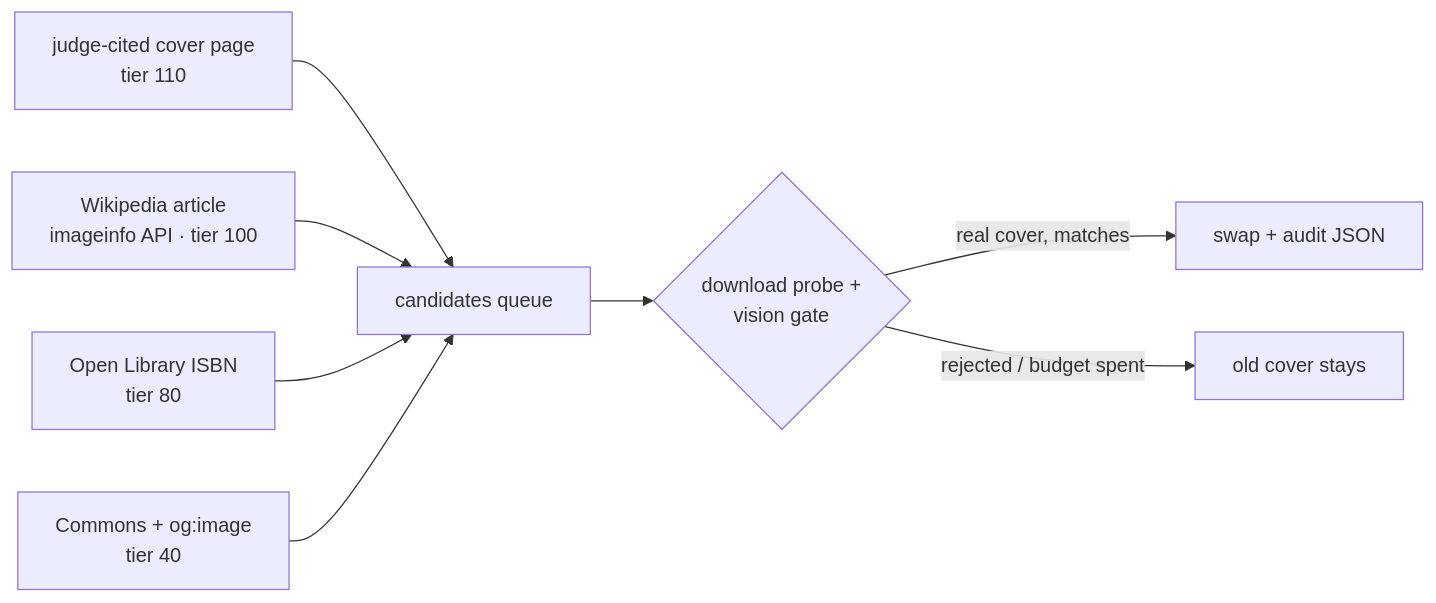
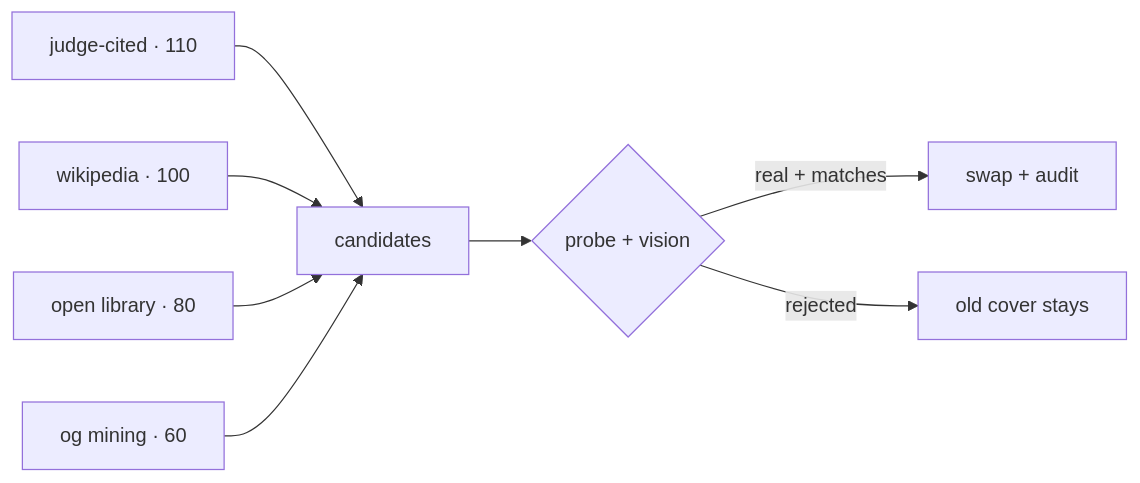
The third of 3 diagrams in presentation.md (nebiyuelias1/litloop-otari-slides), drawn with Mermaid before and after one commit. The commit also changed other lines of this file, not shown here.

Commit message:
style: declutter — skeleton architecture diagram, leaner day-2 slides, compact tier diagram

````diff
--- a/presentation.md
+++ b/presentation.md
@@ -213,10 +201,10 @@
 ```mermaid +render
 flowchart LR
-  J["judge-cited cover page<br/>tier 110"] --> P["candidates queue"]
-  W["Wikipedia article<br/>imageinfo API · tier 100"] --> P
-  OL["Open Library ISBN<br/>tier 80"] --> P
-  CP["Commons + og:image<br/>tier 40"] --> P
-  P --> VG{"download probe +<br/>vision gate"}
-  VG -- "real cover, matches" --> SW["swap + audit JSON"]
-  VG -- "rejected / budget spent" --> KEEP["old cover stays"]
+  J["judge-cited · 110"] --> P
+  W["wikipedia · 100"] --> P
+  OL["open library · 80"] --> P
+  M["og mining · 60"] --> P
+  P["candidates"] --> VG{"probe + vision"}
+  VG -- "real + matches" --> SW["swap + audit"]
+  VG -- rejected --> KEEP["old cover stays"]
 ```
````
